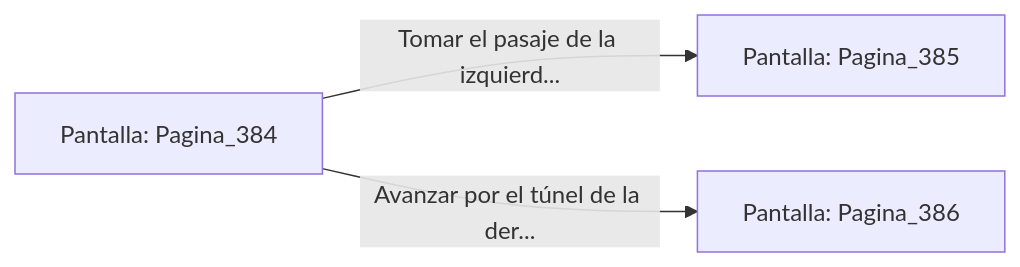
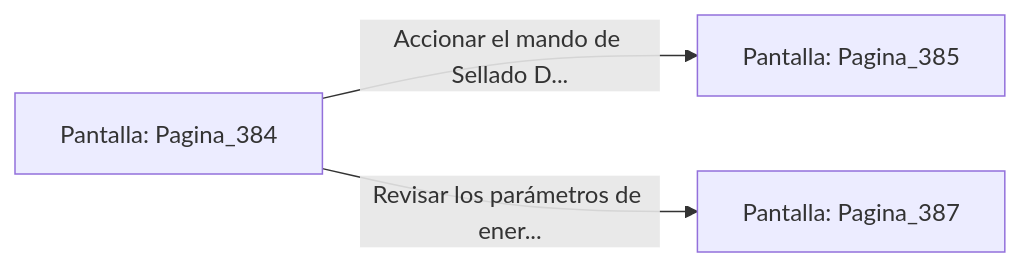
Before and after one commit to metsuke/mpl: the diagram in sample/eligejuego-vault/Pantalla_Pagina_384.md, drawn with Mermaid. The commit also changed other lines of this file and 635 other files, not shown here.

First line of the commit message:
fix: añadir Pagina_1 como pantalla inicial en capitulo_01.mpl

````diff
--- a/sample/eligejuego-vault/Pantalla_Pagina_384.md
+++ b/sample/eligejuego-vault/Pantalla_Pagina_384.md
@@ -20,6 +22,6 @@
 ```mermaid
 graph LR
     P_Pagina_384["Pantalla: Pagina_384"]
-    P_Pagina_384 -->|"Tomar el pasaje de la izquierd..."| P_Pagina_385["Pantalla: Pagina_385"]
-    P_Pagina_384 -->|"Avanzar por el túnel de la der..."| P_Pagina_386["Pantalla: Pagina_386"]
+    P_Pagina_384 -->|"Accionar el mando de Sellado D..."| P_Pagina_385["Pantalla: Pagina_385"]
+    P_Pagina_384 -->|"Revisar los parámetros de ener..."| P_Pagina_387["Pantalla: Pagina_387"]
 ```
````
